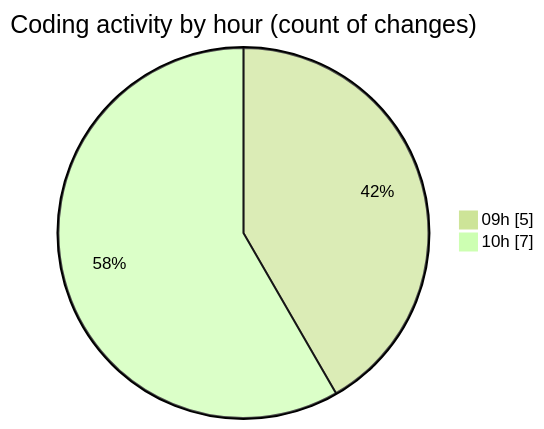
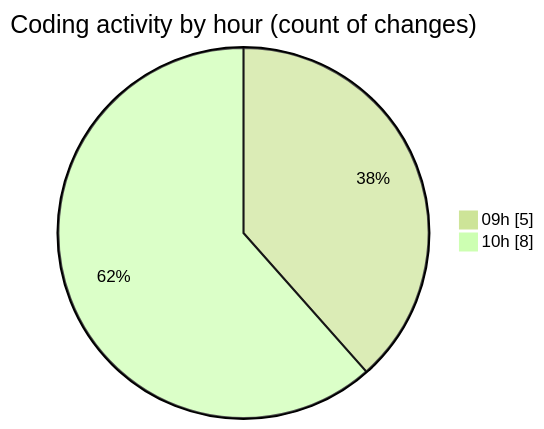
One commit to MatusMokan/code-tracking changed the second of 2 diagrams in 2025-03-09/myws__workspace_/README.md. Above: the diagram before and after it, drawn with Mermaid (forest theme). The commit also changed other lines of this file and 1 other file, not shown here.

````diff
--- a/2025-03-09/myws__workspace_/README.md
+++ b/2025-03-09/myws__workspace_/README.md
@@ -30,6 +30,6 @@
 ```mermaid
 pie showData
 title Coding activity by hour (count of changes)
 "09h" : 5
-"10h" : 7
+"10h" : 8
 ```
````
